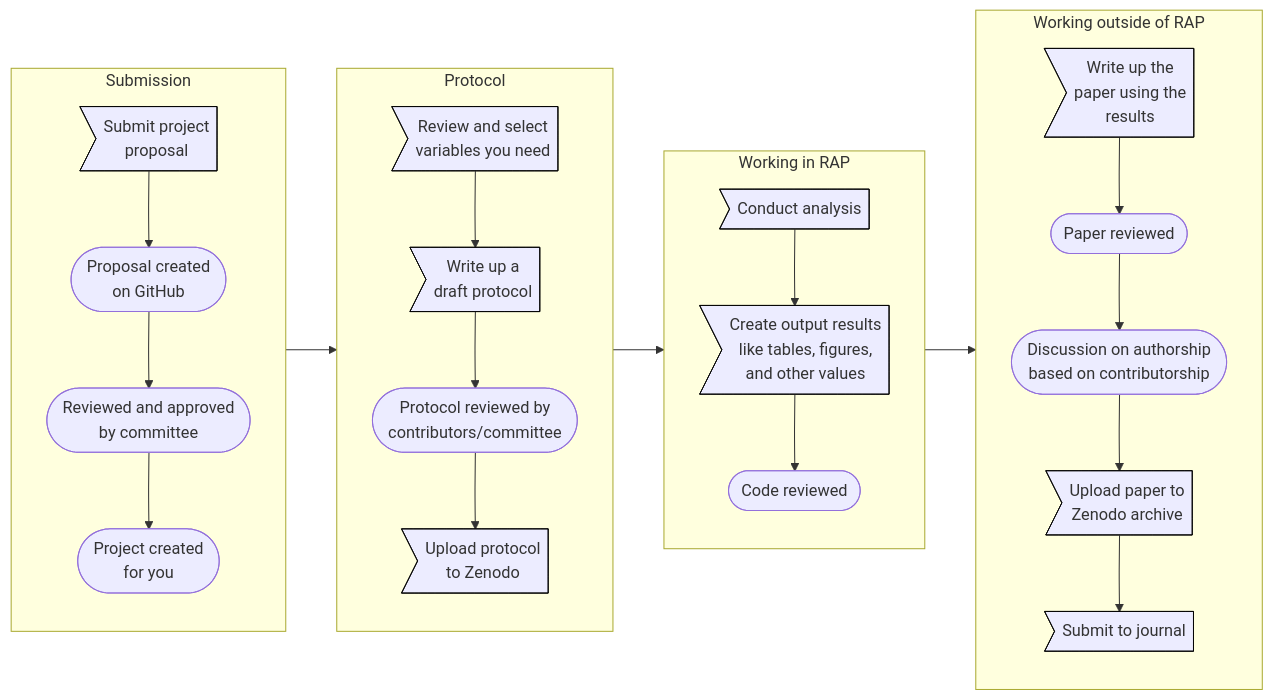
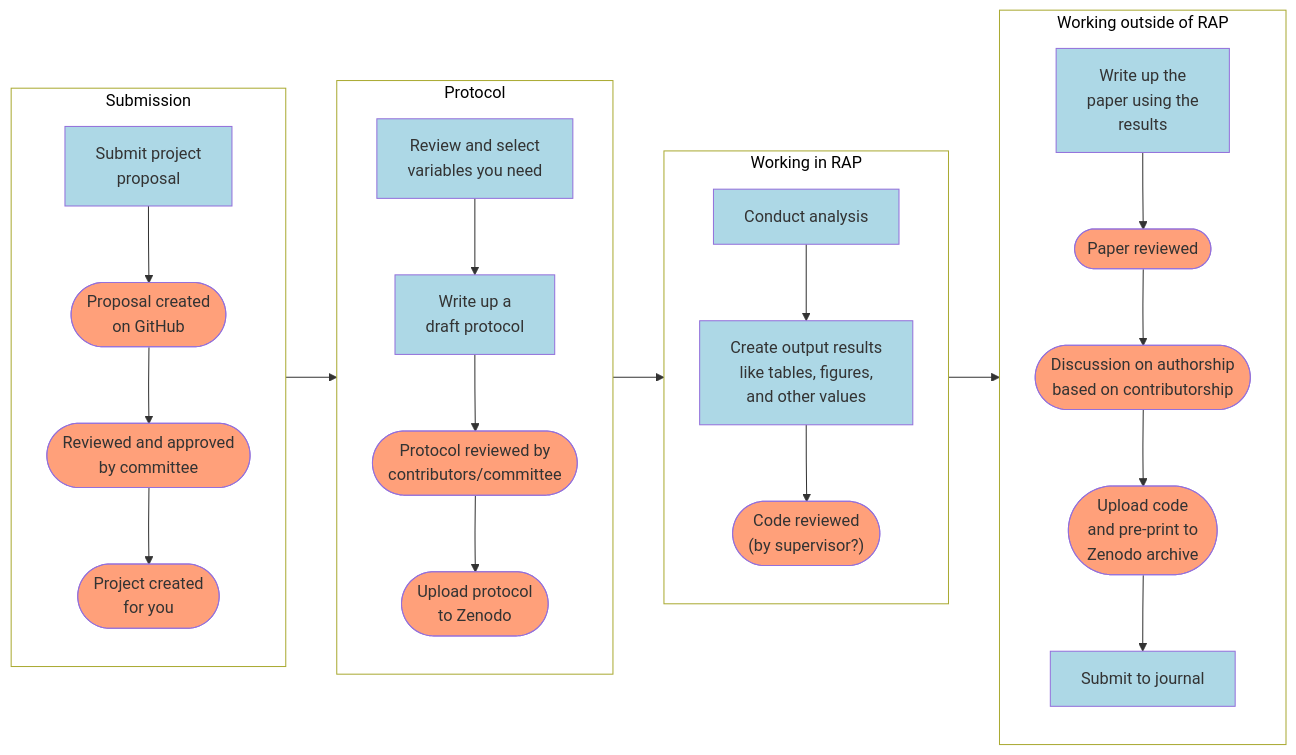
The diagram in vignettes/index.qmd (steno-aarhus/ukbAid), drawn with Mermaid before and after one commit. The commit also changed other lines of this file, not shown here.

Commit message:
docs: 📝 clarify task flow and who's responsible for what (#125)
Also added a note about that it's an aim, not a given.

````diff
--- a/vignettes/index.qmd
+++ b/vignettes/index.qmd
@@ -113,41 +118,46 @@
 ```{mermaid}
 %%| echo: false
 %%| column: body-outset
-%%| fig-cap: The boxes that are in bold are things you are responsible for doing. The circular ones are others, like the committe members. 
+%%| fig-cap: Flow for tasks done in individual projects. The rectangular boxes in light blue are tasks you are responsible for doing. The circular ones in light orange are for others to do, like the committee members. 
 flowchart LR
     subgraph Submission
         direction TB
-        submit_request>Submit project<br>proposal]:::yours --> 
-            pr_created([Proposal created<br>on GitHub]) --> 
-            committee_approved([Reviewed and approved<br>by committee]) -->
-            proj_created([Project created<br>for you])
+        submit_request[Submit project<br>proposal]:::yours --> 
+            pr_created([Proposal created<br>on GitHub]):::others --> 
+            committee_approved([Reviewed and approved<br>by committee]):::others -->
+            proj_created([Project created<br>for you]):::others
     end 
  
     subgraph Protocol
         direction TB
-        review_variables>Review and select<br>variables you need]:::yours -->
-            write_protocol>Write up a<br>draft protocol]:::yours -->
-            protocol_reviewed([Protocol reviewed by<br>contributors/committee]) -->
-            upload_protocol>Upload protocol<br>to Zenodo]:::yours
+        review_variables[Review and select<br>variables you need]:::yours -->
+            write_protocol[Write up a<br>draft protocol]:::yours -->
+            protocol_reviewed([Protocol reviewed by<br>contributors/committee]):::others -->
+            upload_protocol([Upload protocol<br>to Zenodo]):::others
     end
     
     subgraph RAP [Working in RAP]
         direction TB
-        work_on_rap>Conduct analysis]:::yours -->
-          create_output>Create output results<br>like tables, figures,<br>and other values]:::yours -->
-          code_review([Code reviewed<br>])
+        work_on_rap[Conduct analysis]:::yours -->
+          create_output[Create output results<br>like tables, figures,<br>and other values]:::yours -->
+          code_review(["Code reviewed<br>(by supervisor?)"]):::others
     end
     
     subgraph Local [Working outside of RAP]
         direction TB
-        write_paper>Write up the<br>paper using the<br>results]:::yours -->
-          paper_review([Paper reviewed]) -->
-          authorship([Discussion on authorship<br>based on contributorship]) -->
-          upload_archive>Upload paper to<br> Zenodo archive]:::yours -->
-          submit_journal>Submit to journal]:::yours
+        write_paper[Write up the<br>paper using the<br>results]:::yours -->
+          paper_review([Paper reviewed]):::others -->
+          authorship([Discussion on authorship<br>based on contributorship]):::others -->
+          upload_archive([Upload code<br>and pre-print to<br> Zenodo archive]):::others -->
+          submit_journal[Submit to journal]:::yours
     end
 
     Submission --> Protocol --> RAP --> Local
     
-    classDef yours stroke:#000000,stroke-width:0.75px
+    classDef yours fill:#ADD8E6;
+    classDef others fill:#FFA07A;
+    style Submission fill:#FFFFFF, color:#000000;
+    style Protocol fill:#FFFFFF, color:#000000;
+    style RAP fill:#FFFFFF, color:#000000;
+    style Local fill:#FFFFFF, color:#000000;
 ```
````
